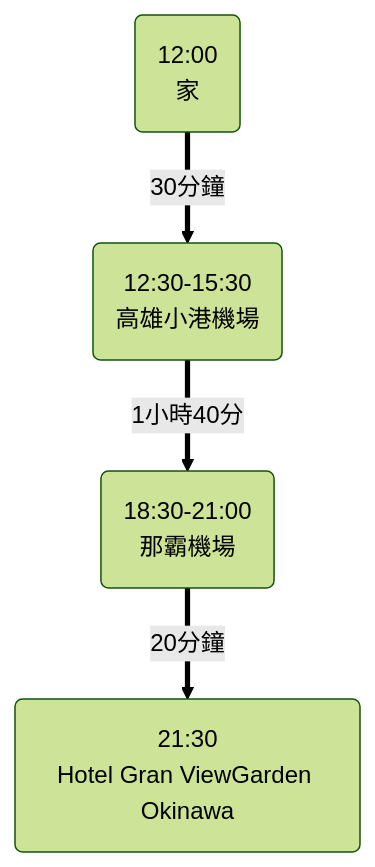
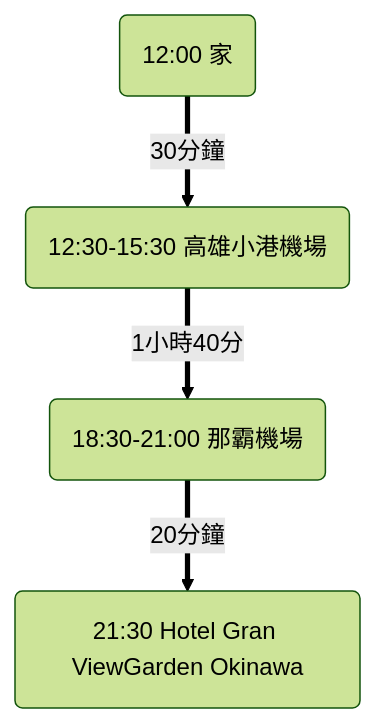
The first of 6 diagrams in docs/blog/posts/okinawa/okinawa-2024-12/okinawa-2024-12.md (wilder640/trip), drawn with Mermaid (forest theme) before and after one commit. The commit also changed other lines of this file and 6 other files, not shown here.

````diff
--- a/docs/blog/posts/okinawa/okinawa-2024-12/okinawa-2024-12.md
+++ b/docs/blog/posts/okinawa/okinawa-2024-12/okinawa-2024-12.md
@@ -22,9 +60,13 @@
 ``` mermaid
 graph TD
     A == 30分鐘 ==> B == 1小時40分 ==> C == 20分鐘 ==> D
 
-    A(12:00<br>家)
-    B(12:30-15:30<br>高雄小港機場)
-    C(18:30-21:00<br>那霸機場)
-    D(21:30<br>Hotel Gran ViewGarden Okinawa)
+    A(12:00 家)
+    B(12:30-15:30 高雄小港機場)
+    C(18:30-21:00 那霸機場)
+    D(21:30 Hotel Gran ViewGarden Okinawa)
+
+	click B "#高雄小港機場"
+	click C "#那霸機場"
+	click D "#hotel-gran-viewgarden-okinawa"
 ```
````
